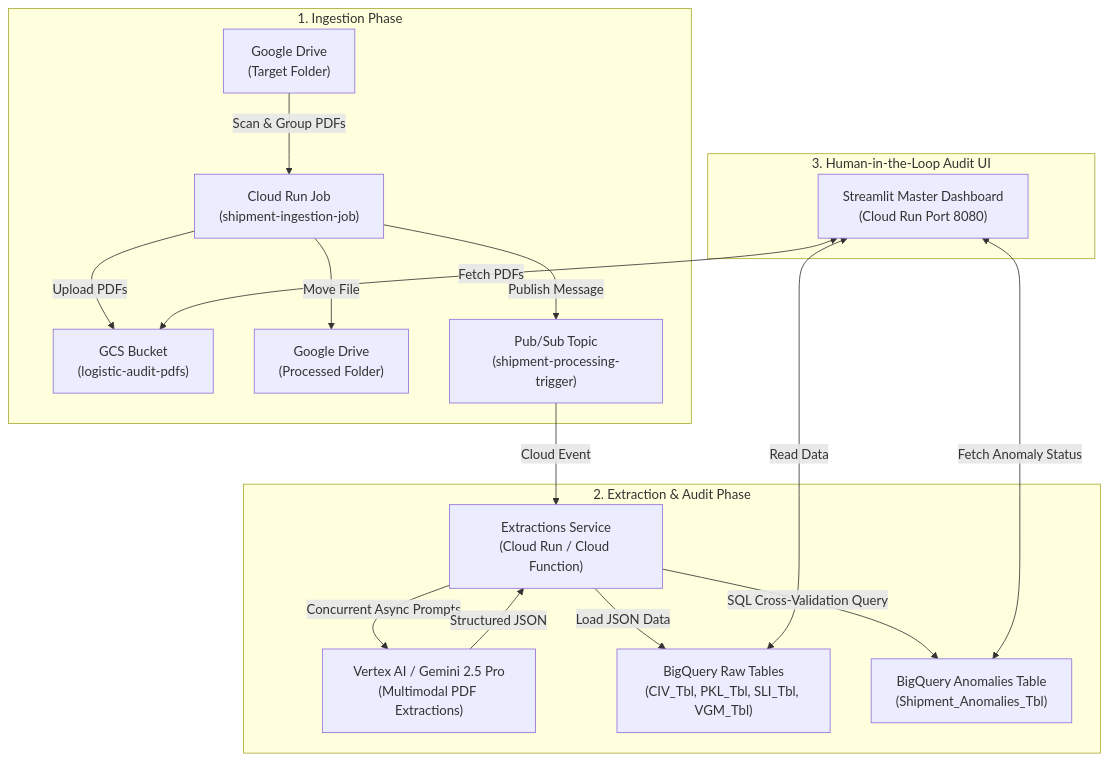
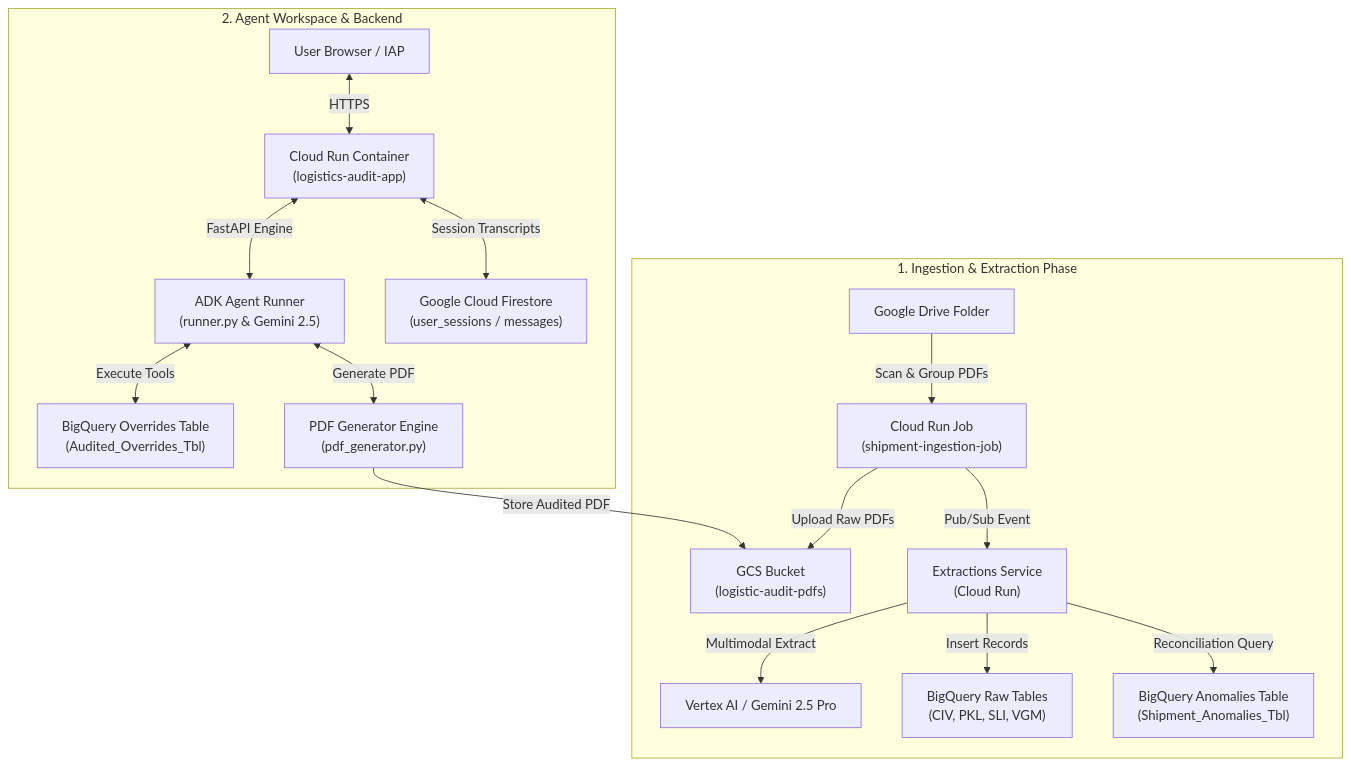
The diagram in README.md (h4nrul1/Logistics-audit-ui), drawn with Mermaid before and after one commit. The commit also changed other lines of this file, not shown here.

Commit message:
docs: Update README.md for feature/adk-agent branch with ADK architecture, setup, and roadmap

````diff
--- a/README.md
+++ b/README.md
@@ -9,23 +33,20 @@
 ```mermaid
 graph TD
-    subgraph 1. Ingestion Phase
-        GDrive["Google Drive\n(Target Folder)"] -->|Scan & Group PDFs| CRJob["Cloud Run Job\n(shipment-ingestion-job)"]
-        CRJob -->|Upload PDFs| GCS["GCS Bucket\n(logistic-audit-pdfs)"]
-        CRJob -->|Move File| GDriveProc["Google Drive\n(Processed Folder)"]
-        CRJob -->|Publish Message| PubSub["Pub/Sub Topic\n(shipment-processing-trigger)"]
+    subgraph 1. Ingestion & Extraction Phase
+        GDrive["Google Drive Folder"] -->|Scan & Group PDFs| Ingestion["Cloud Run Job\n(shipment-ingestion-job)"]
+        Ingestion -->|Upload Raw PDFs| GCS["GCS Bucket\n(logistic-audit-pdfs)"]
+        Ingestion -->|Pub/Sub Event| Extractions["Extractions Service\n(Cloud Run)"]
+        Extractions -->|Multimodal Extract| Gemini["Vertex AI / Gemini 2.5 Pro"]
+        Extractions -->|Insert Records| BQ_Raw["BigQuery Raw Tables\n(CIV, PKL, SLI, VGM)"]
+        Extractions -->|Reconciliation Query| BQ_Anom["BigQuery Anomalies Table\n(Shipment_Anomalies_Tbl)"]
     end
 
-    subgraph 2. Extraction & Audit Phase
-        PubSub -->|Cloud Event| CloudFunc["Extractions Service\n(Cloud Run / Cloud Function)"]
-        CloudFunc -->|Concurrent Async Prompts| Gemini["Vertex AI / Gemini 2.5 Pro\n(Multimodal PDF Extractions)"]
-        Gemini -->|Structured JSON| CloudFunc
-        CloudFunc -->|Load JSON Data| BQ_Raw["BigQuery Raw Tables\n(CIV_Tbl, PKL_Tbl, SLI_Tbl, VGM_Tbl)"]
-        CloudFunc -->|SQL Cross-Validation Query| BQ_Anom["BigQuery Anomalies Table\n(Shipment_Anomalies_Tbl)"]
-    end
-
-    subgraph 3. Human-in-the-Loop Audit UI
-        UI["Streamlit Master Dashboard\n(Cloud Run Port 8080)"] <-->|Read Data| BQ_Raw
-        UI <-->|Fetch Anomaly Status| BQ_Anom
-        UI <-->|Fetch PDFs| GCS
+    subgraph 2. Agent Workspace & Backend
+        User["User Browser / IAP"] <-->|HTTPS| CloudRun["Cloud Run Container\n(logistics-audit-app)"]
+        CloudRun <-->|FastAPI Engine| ADK_Agent["ADK Agent Runner\n(runner.py & Gemini 2.5)"]
+        ADK_Agent <-->|Execute Tools| BQ_Overrides["BigQuery Overrides Table\n(Audited_Overrides_Tbl)"]
+        ADK_Agent <-->|Generate PDF| PDF_Gen["PDF Generator Engine\n(pdf_generator.py)"]
+        PDF_Gen -->|Store Audited PDF| GCS
+        CloudRun <-->|Session Transcripts| Firestore["Google Cloud Firestore\n(user_sessions / messages)"]
     end
 ```
````
